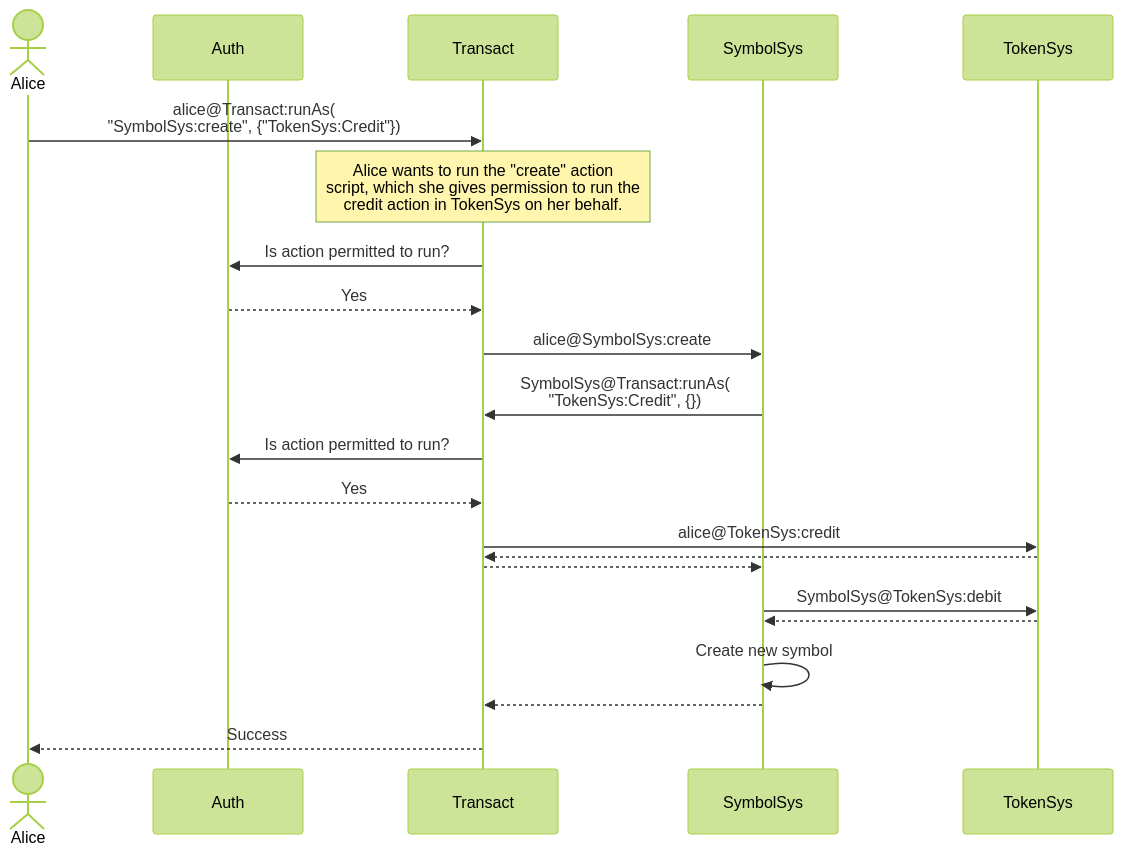
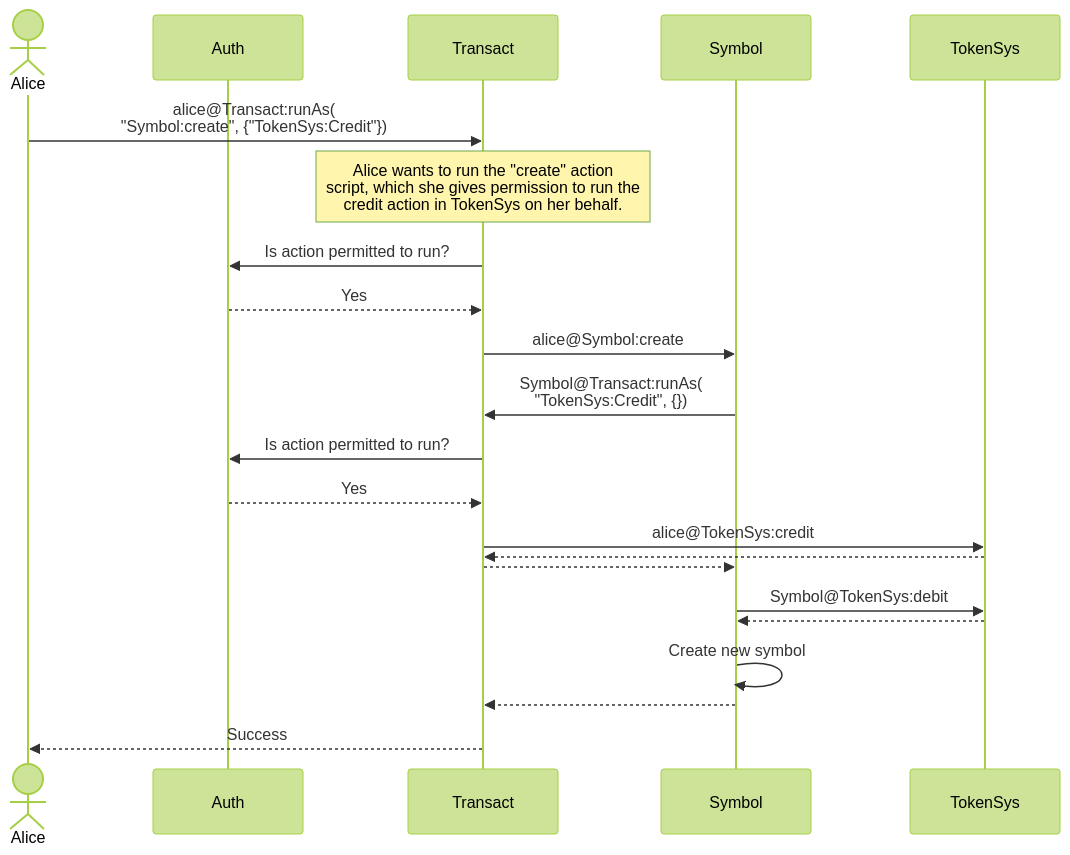
Before and after one commit to gofractally/psibase: the diagram in doc/diagrams/action-scripts.md, drawn with Mermaid (forest theme). The commit also changed 28 other files, not shown here.

````diff
--- a/doc/diagrams/action-scripts.md
+++ b/doc/diagrams/action-scripts.md
@@ -1,27 +1,27 @@
 ```mermaid
 sequenceDiagram
 
 actor Alice
 participant Auth
 participant Transact
-participant SymbolSys
+participant Symbol
 participant TokenSys
 
-Alice->>Transact: alice@Transact:runAs( <br>"SymbolSys:create", {"TokenSys:Credit"}) 
+Alice->>Transact: alice@Transact:runAs( <br>"Symbol:create", {"TokenSys:Credit"}) 
 Note over Transact: Alice wants to run the "create" action<br>script, which she gives permission to run the<br> credit action in TokenSys on her behalf.
 Transact->>Auth: Is action permitted to run?
 Auth-->>Transact: Yes
-Transact->>SymbolSys: alice@SymbolSys:create
-SymbolSys->>Transact: SymbolSys@Transact:runAs(<br>"TokenSys:Credit", {})
+Transact->>Symbol: alice@Symbol:create
+Symbol->>Transact: Symbol@Transact:runAs(<br>"TokenSys:Credit", {})
 Transact->>Auth: Is action permitted to run?
 Auth-->>Transact: Yes
 Transact->>TokenSys: alice@TokenSys:credit
 TokenSys-->>Transact: 
-Transact-->>SymbolSys: 
-SymbolSys->>TokenSys: SymbolSys@TokenSys:debit
-TokenSys-->>SymbolSys: 
-SymbolSys->>SymbolSys: Create new symbol
-SymbolSys-->>Transact: 
+Transact-->>Symbol: 
+Symbol->>TokenSys: Symbol@TokenSys:debit
+TokenSys-->>Symbol: 
+Symbol->>Symbol: Create new symbol
+Symbol-->>Transact: 
 Transact-->>Alice: Success
 
 ```
````
